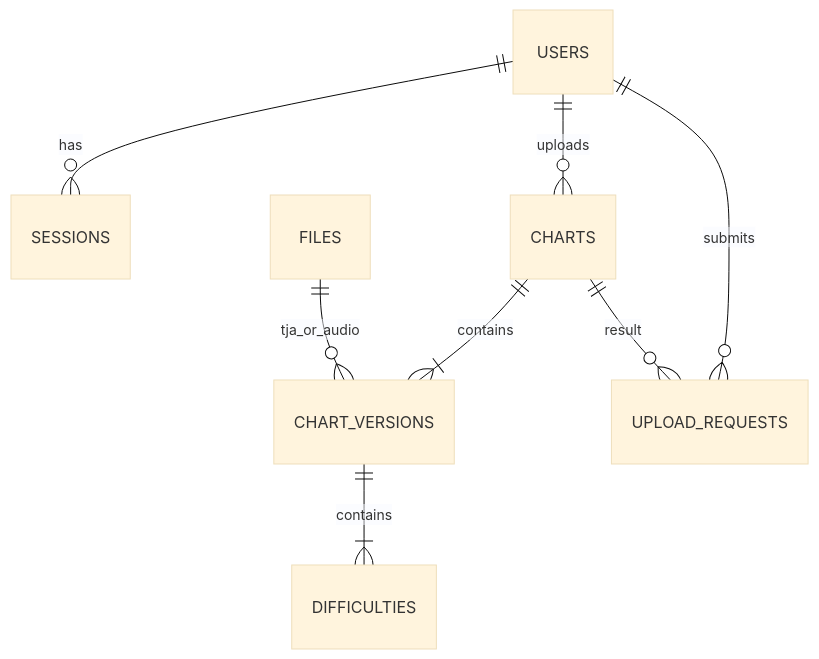
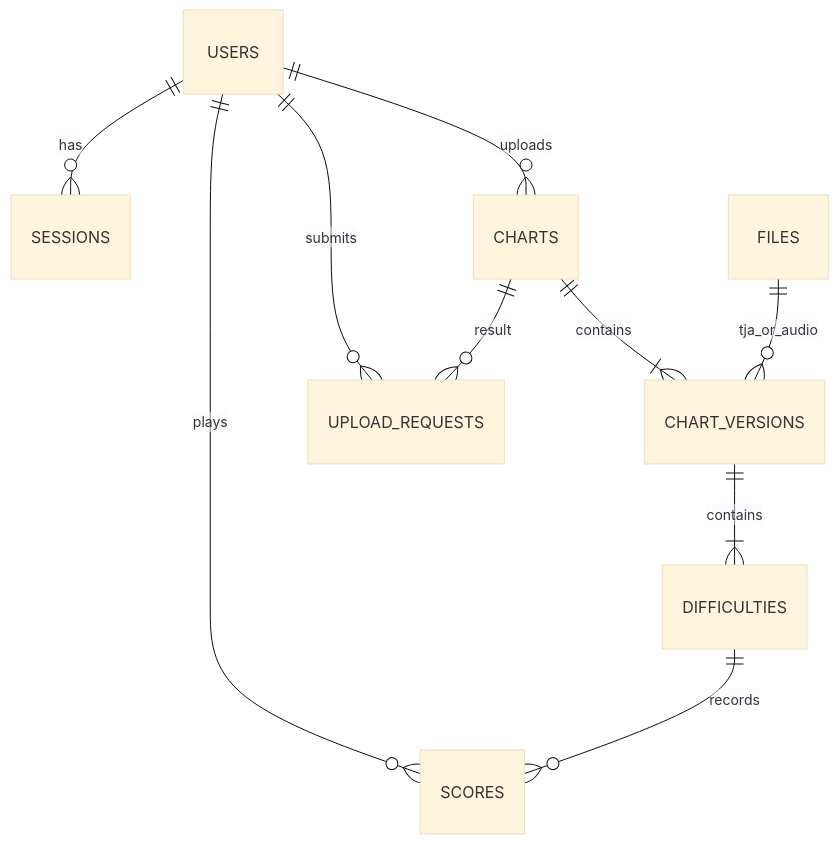
One commit to OurTaiko/FanmadeBackend changed the diagram in docs/DATABASE.md. Above: the diagram before and after it, drawn with Mermaid (base theme). The commit also changed other lines of this file and 2 other files, not shown here.

Commit message:
docs(scores): document submission contract and upload uniqueness

````diff
--- a/docs/DATABASE.md
+++ b/docs/DATABASE.md
@@ -24,10 +27,12 @@
 ```mermaid
 erDiagram
   USERS ||--o{ SESSIONS : has
   USERS ||--o{ CHARTS : uploads
   CHARTS ||--|{ CHART_VERSIONS : contains
   CHART_VERSIONS ||--|{ DIFFICULTIES : contains
   FILES ||--o{ CHART_VERSIONS : tja_or_audio
+  USERS ||--o{ SCORES : plays
+  DIFFICULTIES ||--o{ SCORES : records
   USERS ||--o{ UPLOAD_REQUESTS : submits
   CHARTS ||--o{ UPLOAD_REQUESTS : result
 ```
````
